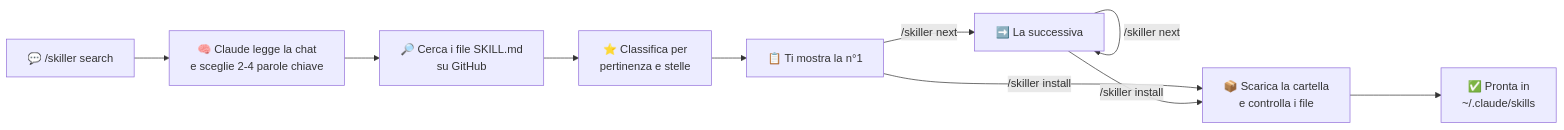
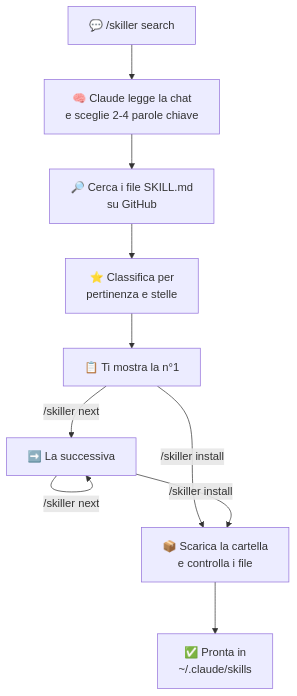
Before and after one commit to MasterBudz/skiller: the diagram in README.md, drawn with Mermaid.

Commit message:
README: schema in verticale per leggerlo meglio

````diff
--- a/README.md
+++ b/README.md
@@ -114,12 +114,12 @@
 ```mermaid
-flowchart LR
+flowchart TD
     A["💬 /skiller search"] --> B["🧠 Claude legge la chat<br/>e sceglie 2-4 parole chiave"]
     B --> C["🔎 Cerca i file SKILL.md<br/>su GitHub"]
     C --> D["⭐ Classifica per<br/>pertinenza e stelle"]
     D --> E["📋 Ti mostra la n°1"]
     E -->|"/skiller next"| F["➡️ La successiva"]
     F -->|"/skiller next"| F
     E -->|"/skiller install"| G["📦 Scarica la cartella<br/>e controlla i file"]
     F -->|"/skiller install"| G
     G --> H["✅ Pronta in<br/>~/.claude/skills"]
 ```
````
